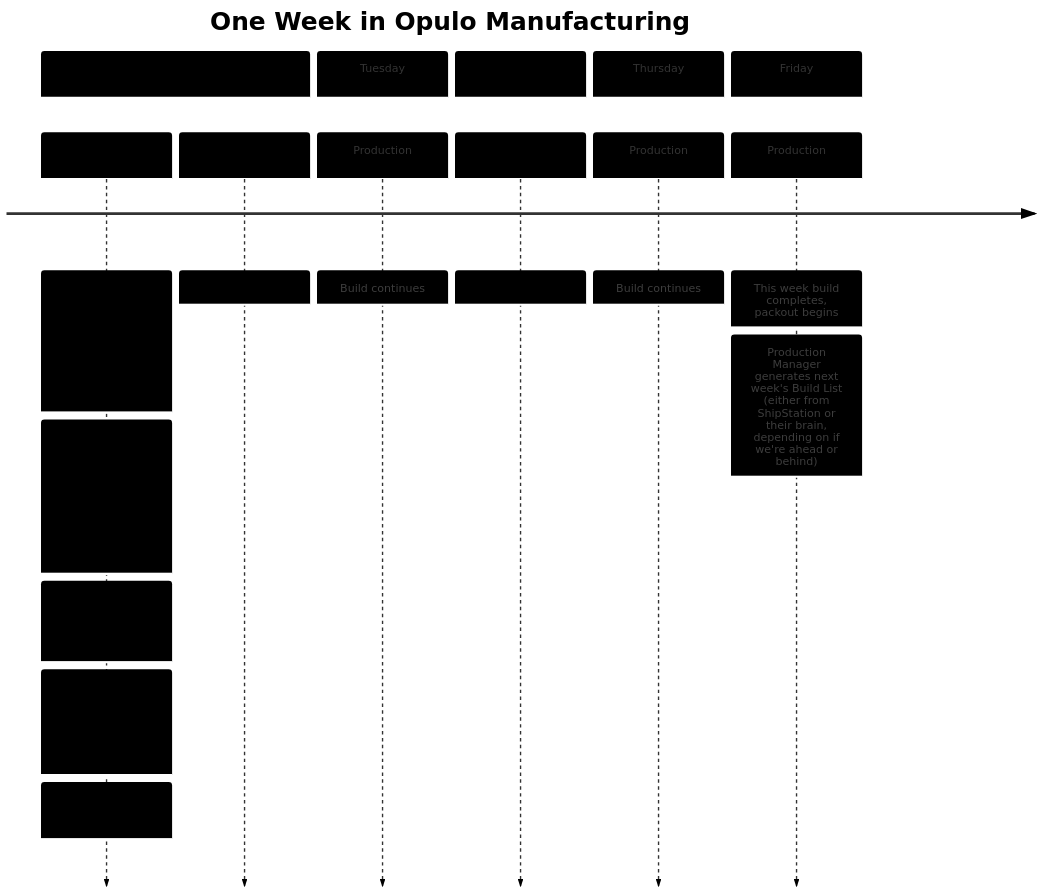
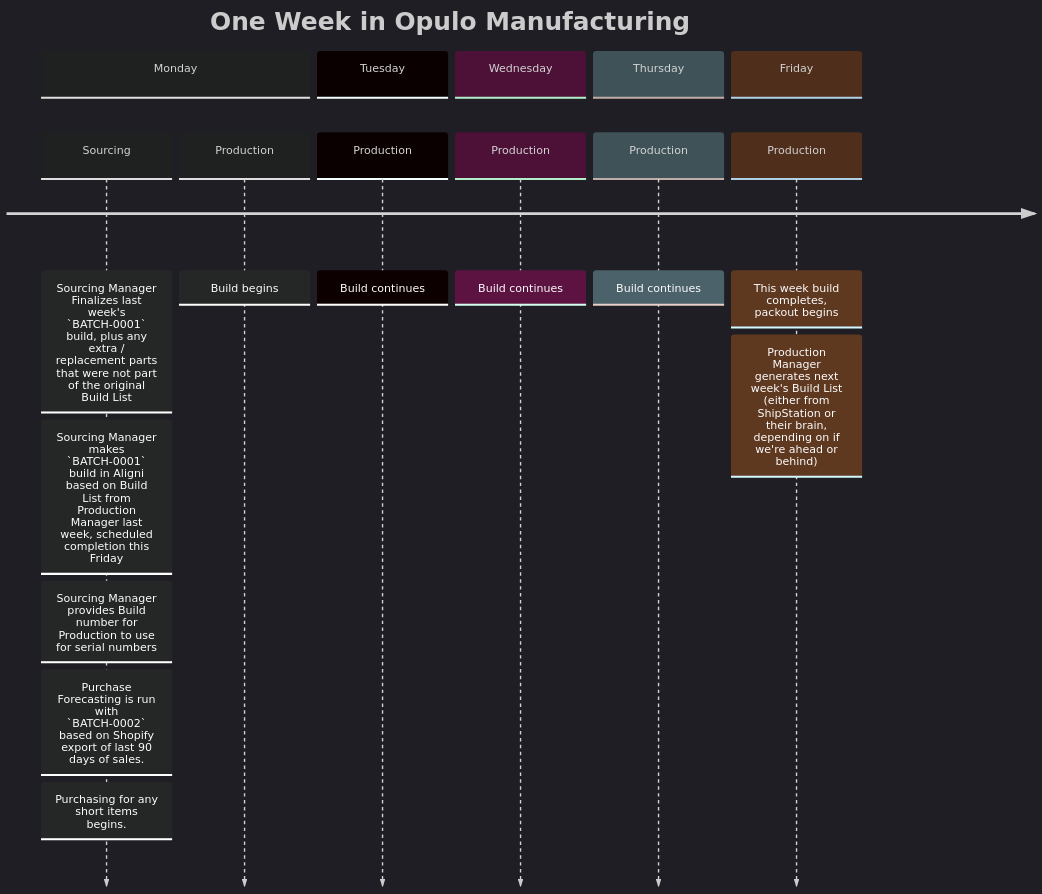
Before and after one commit to opulo-inc/ohai: the diagram in docs/operations/index.md, drawn with Mermaid.

Commit message:
fixes diagram

````diff
--- a/docs/operations/index.md
+++ b/docs/operations/index.md
@@ -13,35 +13,27 @@
 ``` mermaid
 ---
 config:
   logLevel: 'debug'
-  theme: 'neutral'
-  timeline:
-    disableMulticolor: true
-  themeVariables:
-    cScale0: '#000000'
-    cScale1: '#000000'
-    cScale2: '#000000'
-    cScale3: '#000000'
-    cScale4: '#000000'
+  theme: 'dark'
 ---
 
 timeline
     title One Week in Opulo Manufacturing
     section Monday
       Sourcing : Sourcing Manager Finalizes last week's `BATCH-0001` build, plus any extra / replacement parts that were not part of the original Build List
                : Sourcing Manager makes `BATCH-0001` build in Aligni based on Build List from Production Manager last week, scheduled completion this Friday
                : Sourcing Manager provides Build number for Production to use for serial numbers
                : Purchase Forecasting is run with `BATCH-0002` based on Shopify export of last 90 days of sales.
                : Purchasing for any short items begins.
       Production : Build begins
     section Tuesday
       Production    : Build continues
     section Wednesday
       Production    : Build continues
     section Thursday
       Production    : Build continues
     section Friday
       Production    : This week build completes, packout begins
                     : Production Manager generates next week's Build List (either from ShipStation or their brain, depending on if we're ahead or behind)
 
 ```
````
